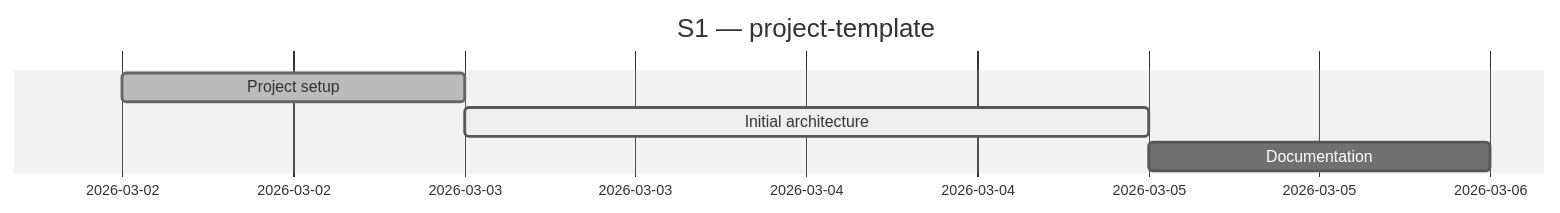
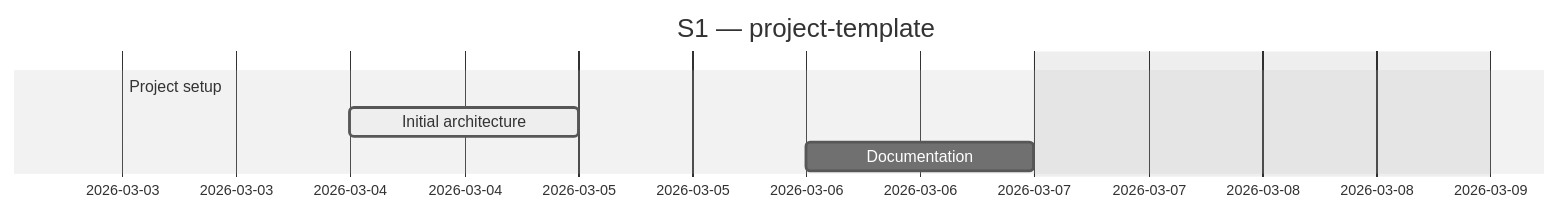
The second of 3 diagrams in docs/_projects/project-template.md (Katty-Fashion/kf-cpto), drawn with Mermaid (neutral theme) before and after one commit. The commit also changed other lines of this file and 5 other files, not shown here.

````diff
--- a/docs/_projects/project-template.md
+++ b/docs/_projects/project-template.md
@@ -64,10 +64,10 @@
 ```mermaid
 gantt
     title S1 — project-template
     dateFormat YYYY-MM-DD
     excludes weekends
 
-    Project setup :done, 2026-03-02, 1d
-    Initial architecture :active, 2026-03-03, 2d
-    Documentation :2026-03-05, 1d
+    Project setup :done, 2026-03-03, 2026-03-03
+    Initial architecture :active, 2026-03-04, 2026-03-05
+    Documentation :2026-03-06, 1d
 ```
````
